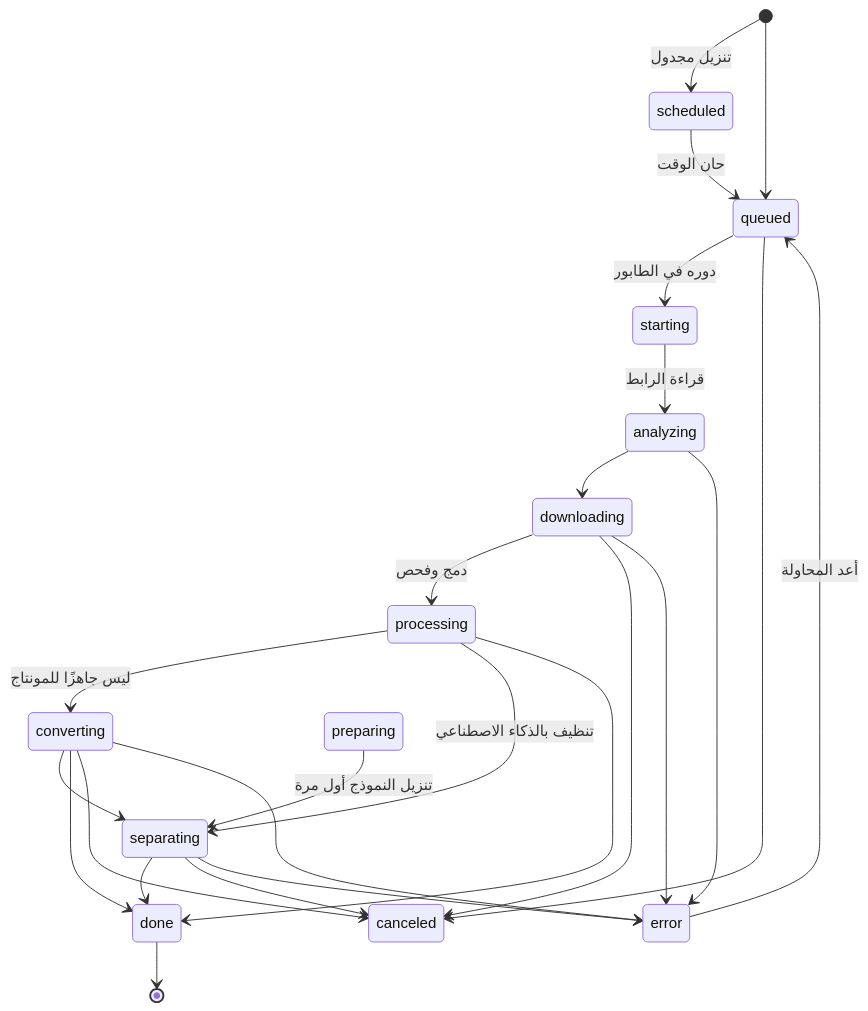
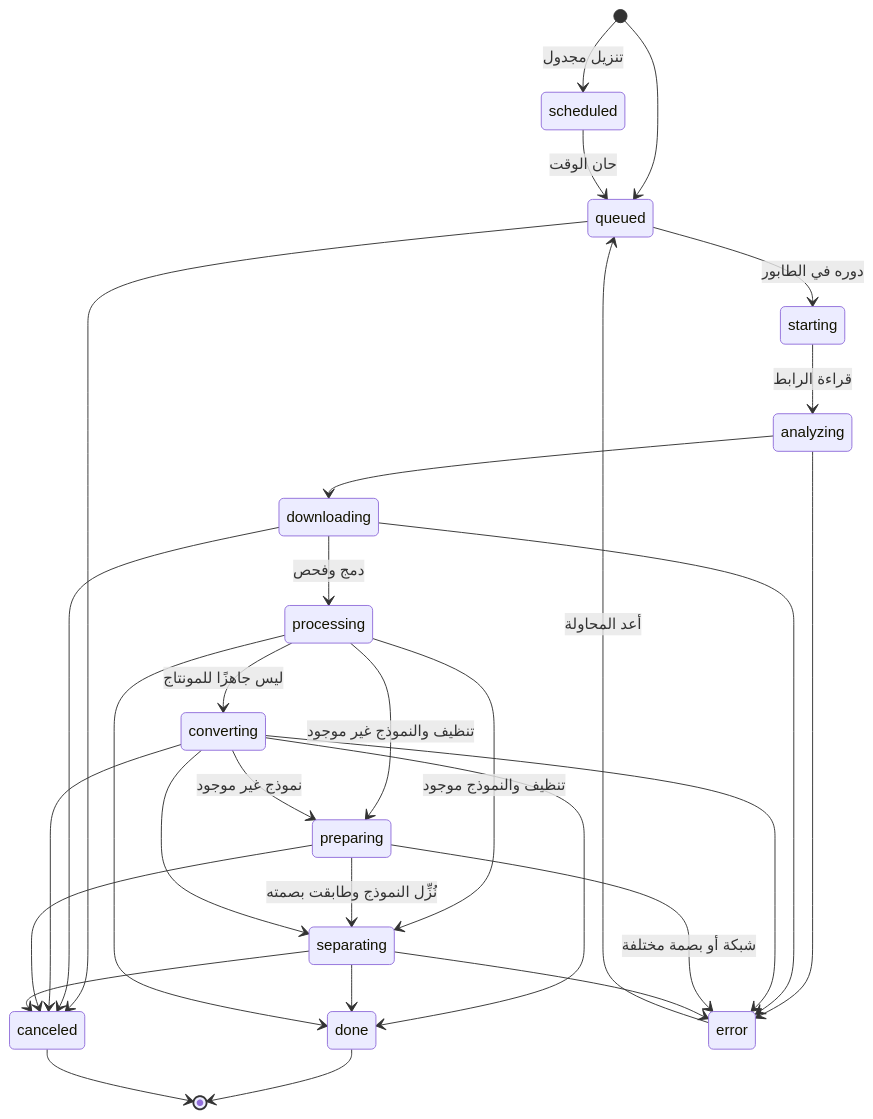
The fourth of 5 diagrams in docs/report/04-design.md (jake750/khama), drawn with Mermaid before and after one commit. The commit also changed other lines of this file and 6 other files, not shown here.

First line of the commit message:
R3-A48: تصحيح مخطط الحالات، وحالات استخدام بصيغة UML، ومخططات مقروءة مطبوعة، والعنوان تحت الشكل

````diff
--- a/docs/report/04-design.md
+++ b/docs/report/04-design.md
@@ -153,27 +147,32 @@
 ```mermaid
 stateDiagram-v2
   [*] --> scheduled: تنزيل مجدول
   [*] --> queued
   scheduled --> queued: حان الوقت
   queued --> starting: دوره في الطابور
   starting --> analyzing: قراءة الرابط
   analyzing --> downloading
   downloading --> processing: دمج وفحص
   processing --> converting: ليس جاهزًا للمونتاج
-  processing --> separating: تنظيف بالذكاء الاصطناعي
-  preparing --> separating: تنزيل النموذج أول مرة
+  processing --> separating: تنظيف والنموذج موجود
+  processing --> preparing: تنظيف والنموذج غير موجود
+  converting --> preparing: نموذج غير موجود
+  preparing --> separating: نُزِّل النموذج وطابقت بصمته
   converting --> separating
   converting --> done
   separating --> done
   processing --> done
   queued --> canceled
   downloading --> canceled
   converting --> canceled
+  preparing --> canceled
   separating --> canceled
   analyzing --> error
   downloading --> error
   converting --> error
+  preparing --> error: شبكة أو بصمة مختلفة
   separating --> error
   done --> [*]
+  canceled --> [*]
   error --> queued: أعد المحاولة
 ```
````
